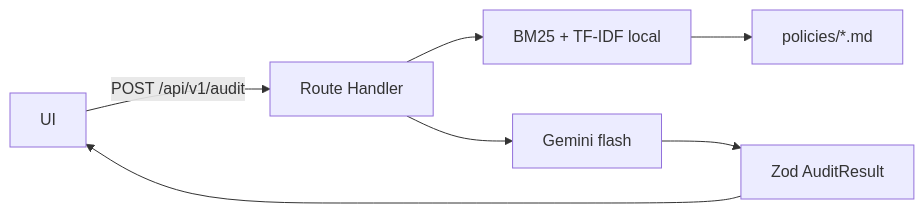
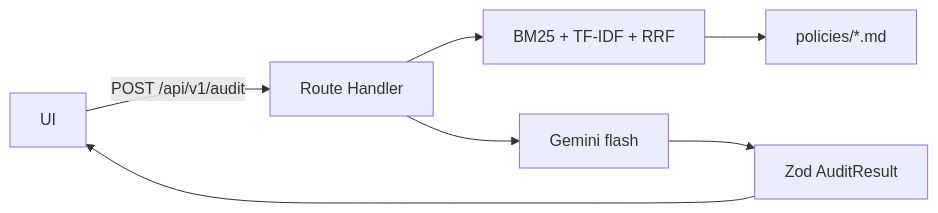
The diagram in README.md (Caiolinooo/cloudsec-finops-auditor), drawn with Mermaid before and after one commit. The commit also changed other lines of this file and 25 other files, not shown here.

````diff
--- a/README.md
+++ b/README.md
@@ -18,9 +23,9 @@
 ```mermaid
 flowchart LR
   UI[UI] -->|POST /api/v1/audit| API[Route Handler]
-  API --> RAG[BM25 + TF-IDF local]
+  API --> RAG[BM25 + TF-IDF + RRF]
   RAG --> MD[policies/*.md]
   API --> G[Gemini flash]
   G --> Z[Zod AuditResult]
   Z --> UI
 ```
````
